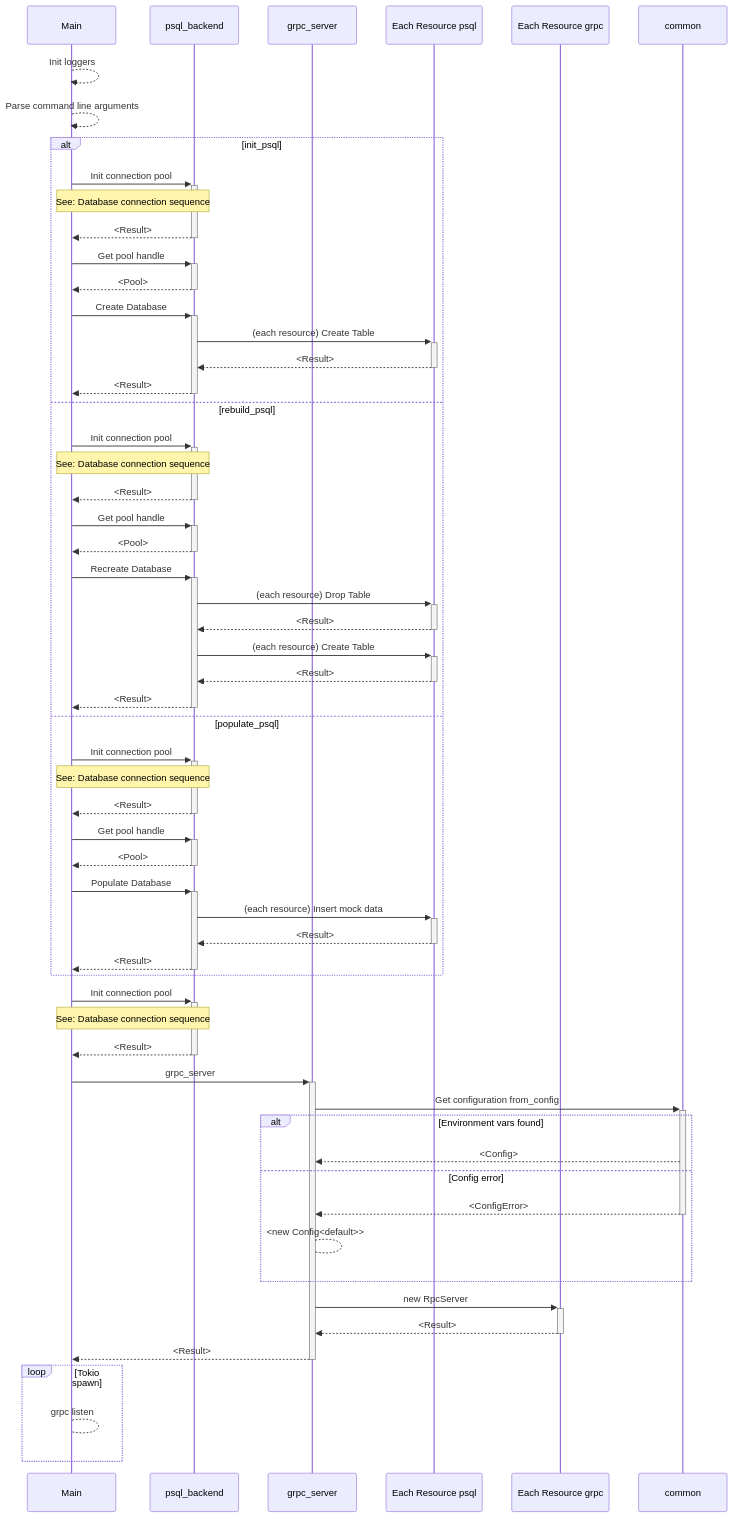
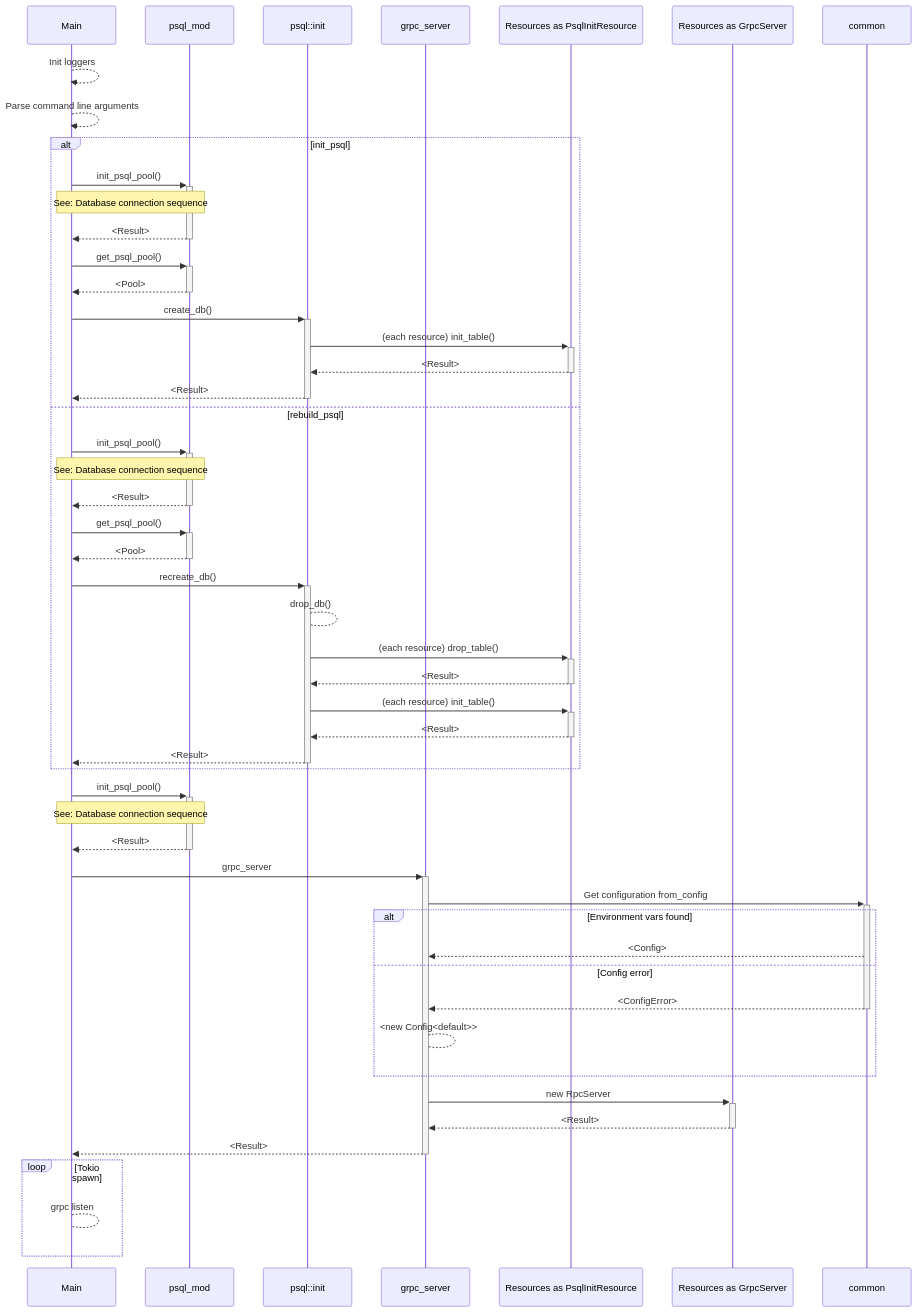
One commit to aetheric-oss/svc-storage changed the second of 13 diagrams in docs/sdd.md. Above: the diagram before and after it, drawn with Mermaid. The commit also changed other lines of this file and 2 other files, not shown here.

````diff
--- a/docs/sdd.md
+++ b/docs/sdd.md
@@ -129,62 +129,54 @@
 ```mermaid
 sequenceDiagram
     participant main as Main
-    participant psql as psql_backend
+    participant psql as psql_mod
+    participant psql_init as psql::init
     participant grpc as grpc_server
-    participant all_psql as Each Resource psql
-    participant all_grpc as Each Resource grpc
+    participant all_psql as Resources as PsqlInitResource
+    participant all_grpc as Resources as GrpcServer
     participant comm as common
     main-->>main: Init loggers
     main-->>main: Parse command line arguments
     alt init_psql
-        main->>+psql: Init connection pool
+        main->>+psql: init_psql_pool()
         Note over main,psql: See: Database connection sequence
         psql-->>-main: <Result>
-        main->>+psql: Get pool handle
+        main->>+psql: get_psql_pool()
         psql-->>-main: <Pool>
-        main->>+psql: Create Database
-        psql->>+all_psql: (each resource) Create Table
-        all_psql-->>-psql: <Result>
-        psql-->>-main: <Result>
+        main->>+psql_init: create_db()
+        psql_init->>+all_psql: (each resource) init_table()
+        all_psql-->>-psql_init: <Result>
+        psql_init-->>-main: <Result>
     else rebuild_psql
-        main->>+psql: Init connection pool
+        main->>+psql: init_psql_pool()
         Note over main,psql: See: Database connection sequence
         psql-->>-main: <Result>
-        main->>+psql: Get pool handle
+        main->>+psql: get_psql_pool()
         psql-->>-main: <Pool>
-        main->>+psql: Recreate Database
-        psql->>+all_psql: (each resource) Drop Table
-        all_psql-->>-psql: <Result>
-        psql->>+all_psql: (each resource) Create Table
-        all_psql-->>-psql: <Result>
-        psql-->>-main: <Result>
-    else populate_psql
-        main->>+psql: Init connection pool
-        Note over main,psql: See: Database connection sequence
-        psql-->>-main: <Result>
-        main->>+psql: Get pool handle
-        psql-->>-main: <Pool>
-        main->>+psql: Populate Database
-        psql->>+all_psql: (each resource) Insert mock data
-        all_psql-->>-psql: <Result>
-        psql-->>-main: <Result>
+        main->>+psql_init: recreate_db()
+        psql_init-->psql_init: drop_db()
+        psql_init->>+all_psql: (each resource) drop_table()
+        all_psql-->>-psql_init: <Result>
+        psql_init->>+all_psql: (each resource) init_table()
+        all_psql-->>-psql_init: <Result>
+        psql_init-->>-main: <Result>
     end
-    main->>+psql: Init connection pool
+    main->>+psql: init_psql_pool()
     Note over main,psql: See: Database connection sequence
     psql-->>-main: <Result>
     main->>+grpc: grpc_server
     grpc->>+comm: Get configuration from_config
     alt Environment vars found
         comm-->>grpc: <Config>
     else Config error
         comm-->>grpc: <ConfigError>
         deactivate comm
         grpc-->grpc: <new Config<default>>
     end
     grpc->>+all_grpc: new RpcServer
     all_grpc-->>-grpc: <Result>
     grpc-->>-main: <Result>
     loop Tokio spawn
         main-->main: grpc listen
     end
 ```
````
